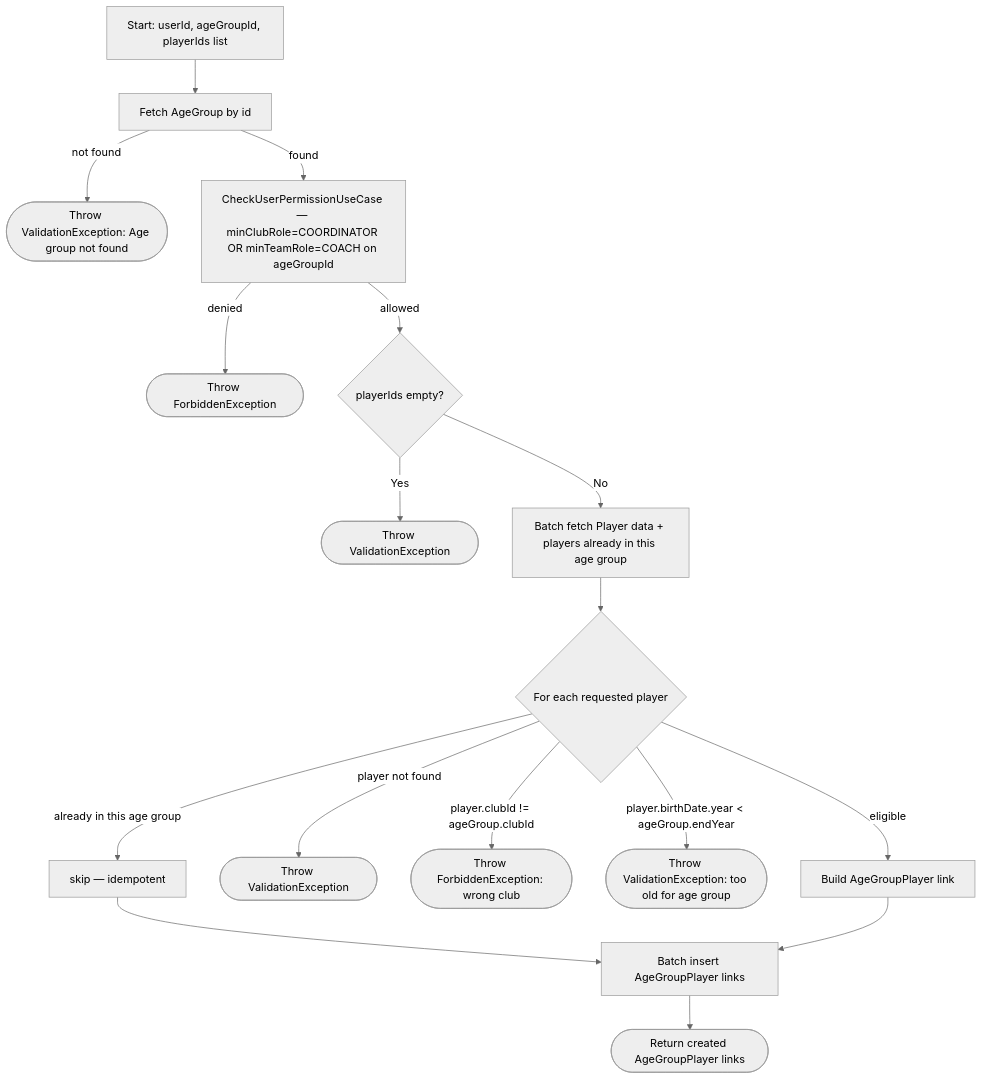
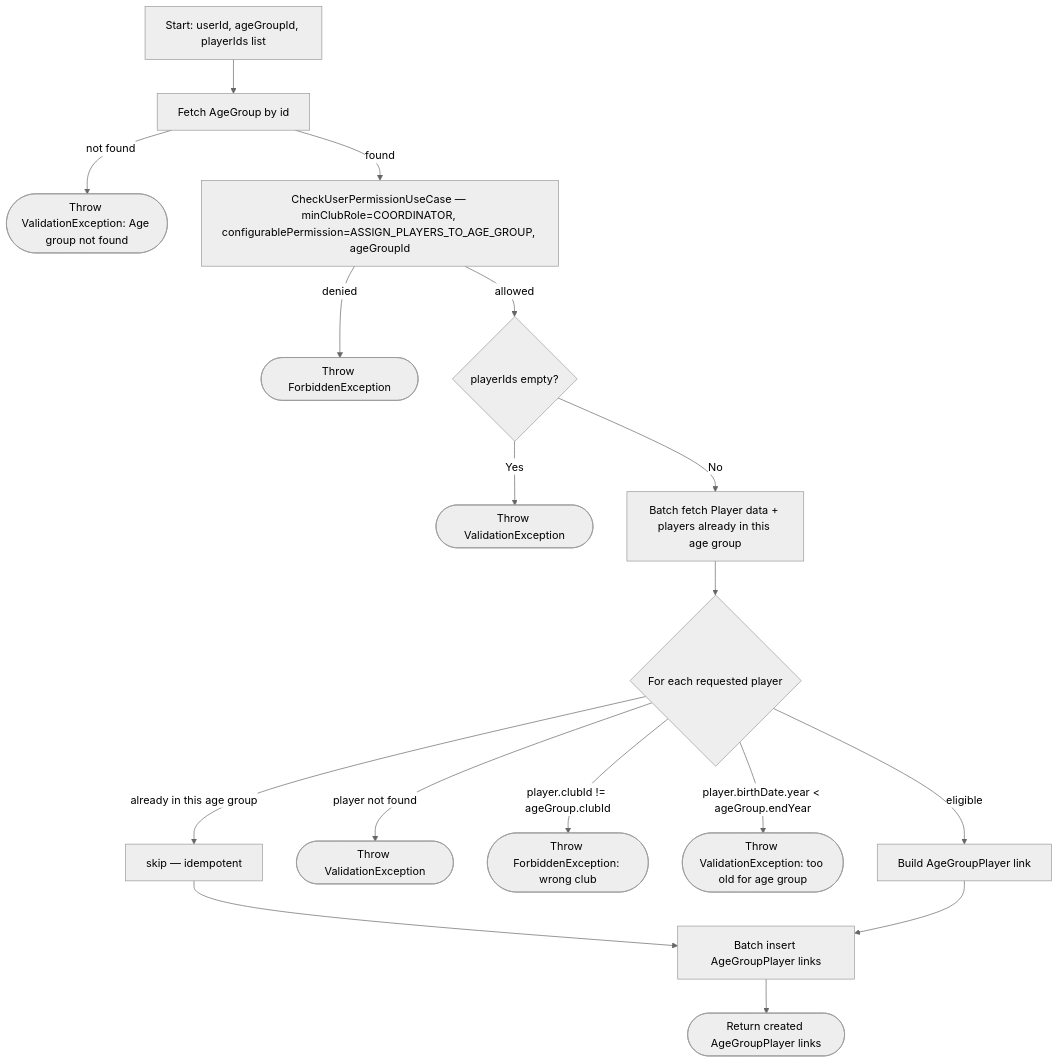
Before and after one commit to ricardofrango/squadify: diagram 34 of 57 in PROCESS_FLOWS.md, drawn with Mermaid (neutral theme). The commit also changed other lines of this file and 1 other file, not shown here.

````diff
--- a/PROCESS_FLOWS.md
+++ b/PROCESS_FLOWS.md
@@ -720,19 +727,19 @@
 ```mermaid
 graph TD
     A[Start: userId, ageGroupId, playerIds list] --> B[Fetch AgeGroup by id]
     B -- not found --> V0(["Throw ValidationException: Age group not found"])
-    B -- found --> C[CheckUserPermissionUseCase — minClubRole=COORDINATOR OR minTeamRole=COACH on ageGroupId]
+    B -- found --> C[CheckUserPermissionUseCase — minClubRole=COORDINATOR, configurablePermission=ASSIGN_PLAYERS_TO_AGE_GROUP, ageGroupId]
     C -- denied --> F(["Throw ForbiddenException"])
     C -- allowed --> E0{playerIds empty?}
     E0 -- Yes --> V0b(["Throw ValidationException"])
     E0 -- No --> E[Batch fetch Player data + players already in this age group]
     E --> G{For each requested player}
     G -- already in this age group --> SK[skip — idempotent]
     G -- player not found --> V2(["Throw ValidationException"])
     G -- player.clubId != ageGroup.clubId --> FB(["Throw ForbiddenException: wrong club"])
     G -- "player.birthDate.year < ageGroup.endYear" --> V3(["Throw ValidationException: too old for age group"])
     G -- eligible --> H[Build AgeGroupPlayer link]
     SK --> I
     H --> I[Batch insert AgeGroupPlayer links]
     I --> Z(["Return created AgeGroupPlayer links"])
 ```
````
